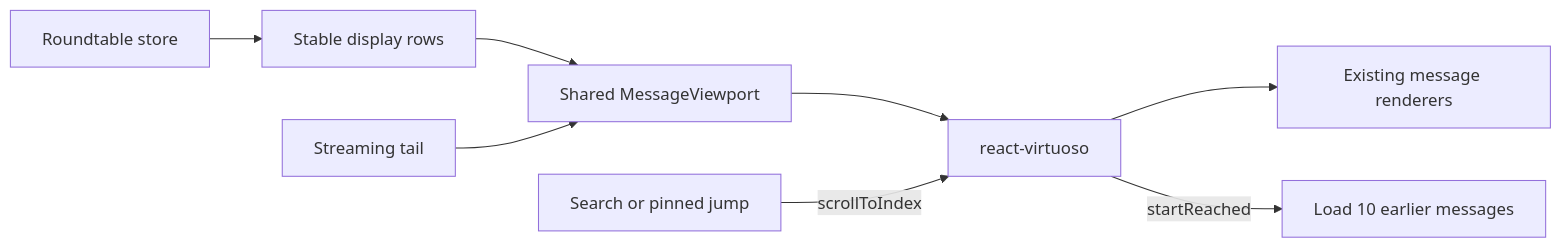
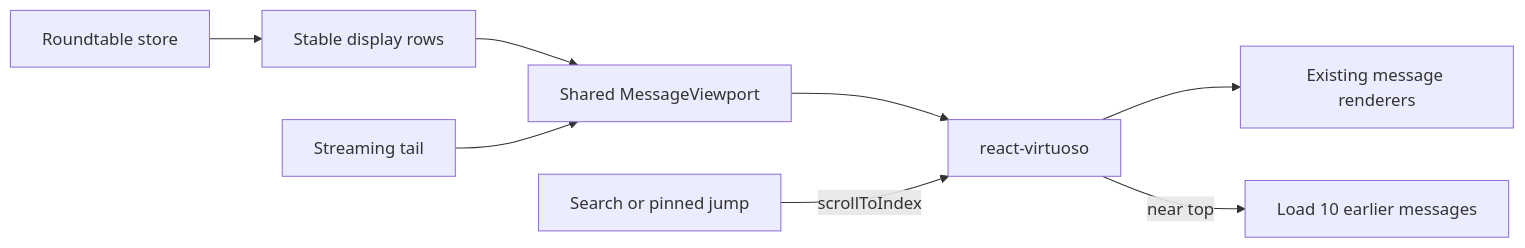
Before and after one commit to zhml530/Roundtable: the diagram in message_virtualization_plan.md, drawn with Mermaid. The commit also changed other lines of this file and 2 other files, not shown here.

Commit message:
Align the message area with composer

````diff
--- a/message_virtualization_plan.md
+++ b/message_virtualization_plan.md
@@ -10,10 +10,10 @@
 ```mermaid
 flowchart LR
   Store[Roundtable store] --> Rows[Stable display rows]
   Rows --> Viewport[Shared MessageViewport]
   Viewport --> Virtuoso[react-virtuoso]
   Virtuoso --> Renderers[Existing message renderers]
-  Virtuoso -->|startReached| Page[Load 10 earlier messages]
+  Virtuoso -->|near top| Page[Load 10 earlier messages]
   Stream[Streaming tail] --> Viewport
   Search[Search or pinned jump] -->|scrollToIndex| Virtuoso
 ```
````
